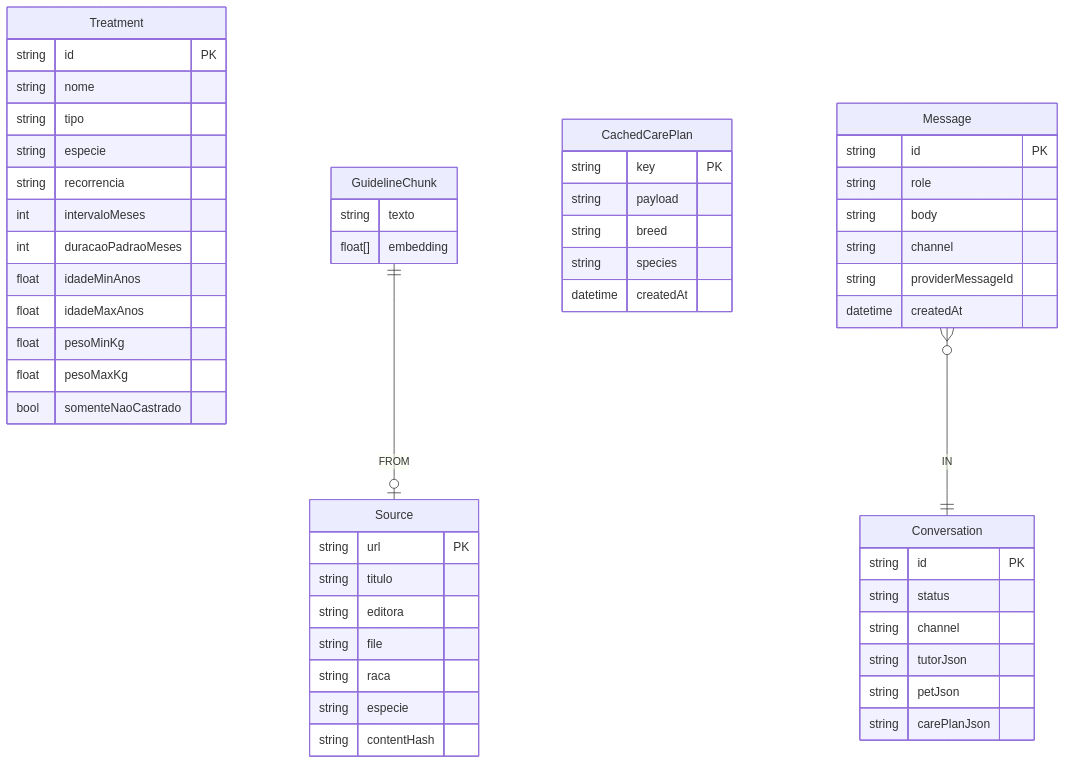
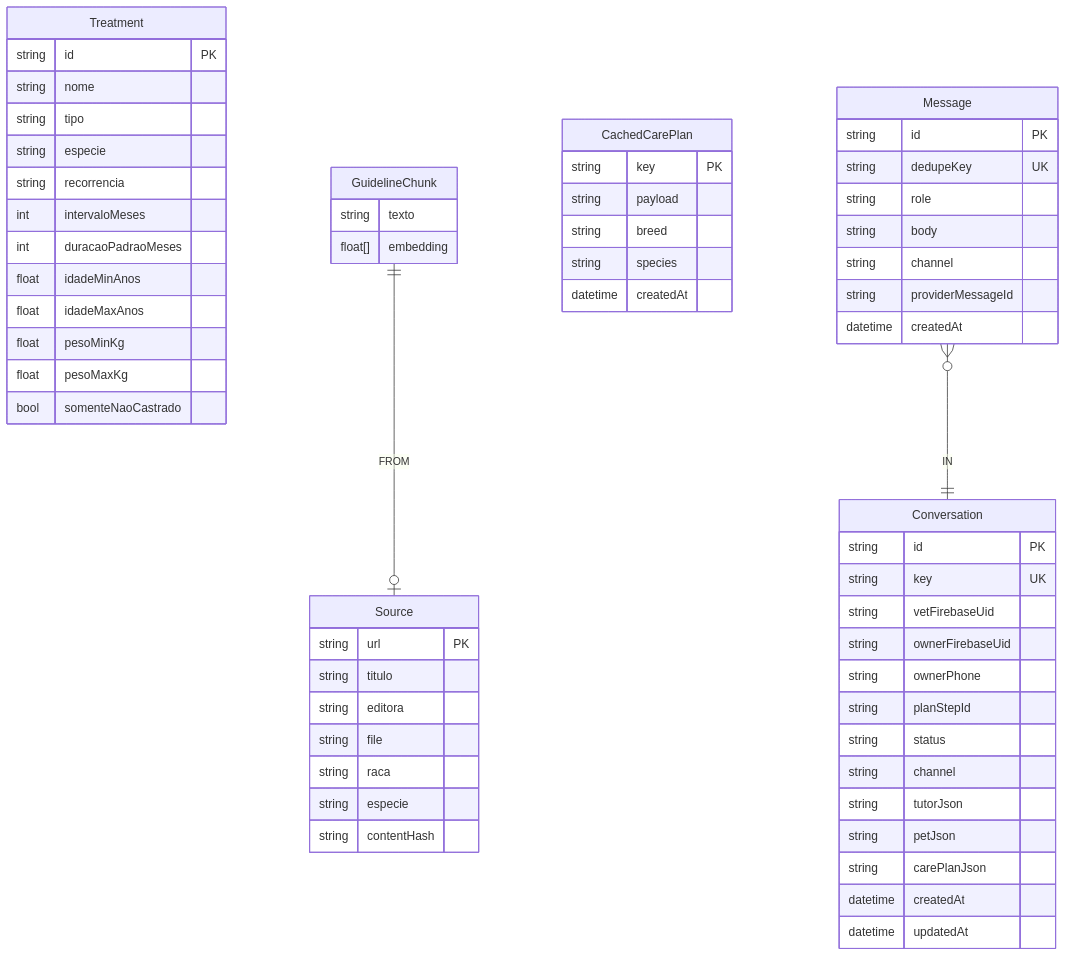
Before and after one commit to Allyhere/2tdspw-challange-rag-api: the fourth of 17 diagrams in ARCH.md, drawn with Mermaid. The commit also changed other lines of this file and 18 other files, not shown here.

````diff
--- a/ARCH.md
+++ b/ARCH.md
@@ -140,56 +140,64 @@
 ```mermaid
 erDiagram
     Treatment {
         string id PK
         string nome
         string tipo
         string especie
         string recorrencia
         int intervaloMeses
         int duracaoPadraoMeses
         float idadeMinAnos
         float idadeMaxAnos
         float pesoMinKg
         float pesoMaxKg
         bool somenteNaoCastrado
     }
     Source {
         string url PK
         string titulo
         string editora
         string file
         string raca
         string especie
         string contentHash
     }
     GuidelineChunk {
         string texto
         float[] embedding
     }
     CachedCarePlan {
         string key PK
         string payload
         string breed
         string species
         datetime createdAt
     }
     Conversation {
         string id PK
+        string key UK
+        string vetFirebaseUid
+        string ownerFirebaseUid
+        string ownerPhone
+        string planStepId
         string status
         string channel
         string tutorJson
         string petJson
         string carePlanJson
+        datetime createdAt
+        datetime updatedAt
     }
     Message {
         string id PK
+        string dedupeKey UK
         string role
         string body
         string channel
         string providerMessageId
         datetime createdAt
     }
 
     GuidelineChunk ||--o| Source : FROM
     Message }o--|| Conversation : IN
 ```
````
